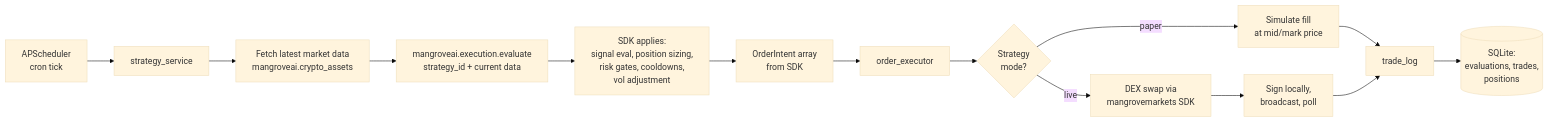
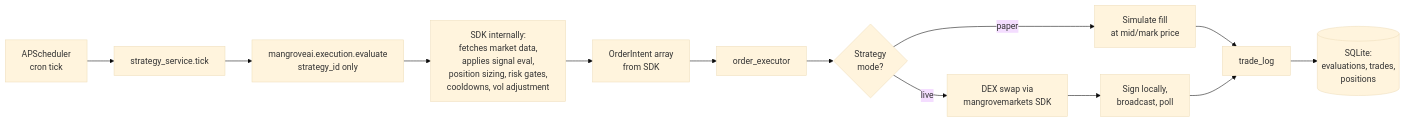
Before and after one commit to MangroveTechnologies/app-in-a-box: the third of 9 diagrams in docs/architecture.md, drawn with Mermaid (base theme). The commit also changed other lines of this file and 2 other files, not shown here.

First paragraph of the commit message:
plan/arch/spec: correct evaluate() signature — SDK fetches market data
Mistake on my end: I had the agent fetching OHLCV and passing it into
mangroveai.execution.evaluate(). The real SDK signature is:

````diff
--- a/docs/architecture.md
+++ b/docs/architecture.md
@@ -101,16 +101,15 @@
 ```mermaid
 flowchart LR
-    A[APScheduler<br/>cron tick] --> B[strategy_service]
-    B --> C[Fetch latest market data<br/>mangroveai.crypto_assets]
-    C --> D[mangroveai.execution.evaluate<br/>strategy_id + current data]
-    D --> E[SDK applies:<br/>signal eval, position sizing,<br/>risk gates, cooldowns,<br/>vol adjustment]
-    E --> F[OrderIntent array<br/>from SDK]
-    F --> G[order_executor]
-    G --> H{Strategy<br/>mode?}
-    H -->|paper| I[Simulate fill<br/>at mid/mark price]
-    H -->|live| J[DEX swap via<br/>mangrovemarkets SDK]
-    J --> K[Sign locally,<br/>broadcast, poll]
-    I --> L[trade_log]
-    K --> L
-    L --> M[(SQLite:<br/>evaluations, trades,<br/>positions)]
+    A[APScheduler<br/>cron tick] --> B[strategy_service.tick]
+    B --> C[mangroveai.execution.evaluate<br/>strategy_id only]
+    C --> D[SDK internally:<br/>fetches market data,<br/>applies signal eval,<br/>position sizing, risk gates,<br/>cooldowns, vol adjustment]
+    D --> E[OrderIntent array<br/>from SDK]
+    E --> F[order_executor]
+    F --> G{Strategy<br/>mode?}
+    G -->|paper| H[Simulate fill<br/>at mid/mark price]
+    G -->|live| I[DEX swap via<br/>mangrovemarkets SDK]
+    I --> J[Sign locally,<br/>broadcast, poll]
+    H --> K[trade_log]
+    J --> K
+    K --> L[(SQLite:<br/>evaluations, trades,<br/>positions)]
 ```
````
